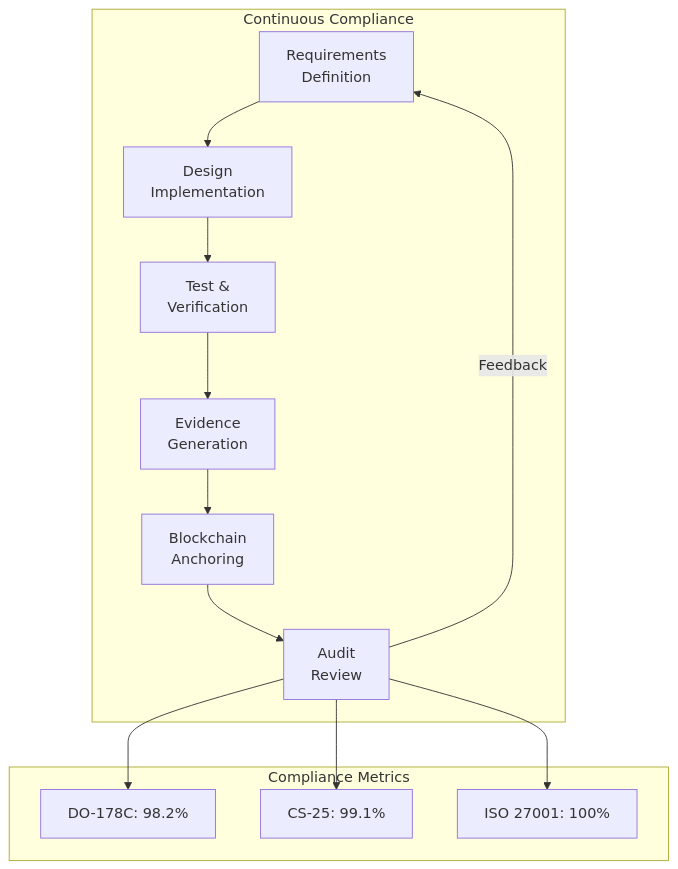
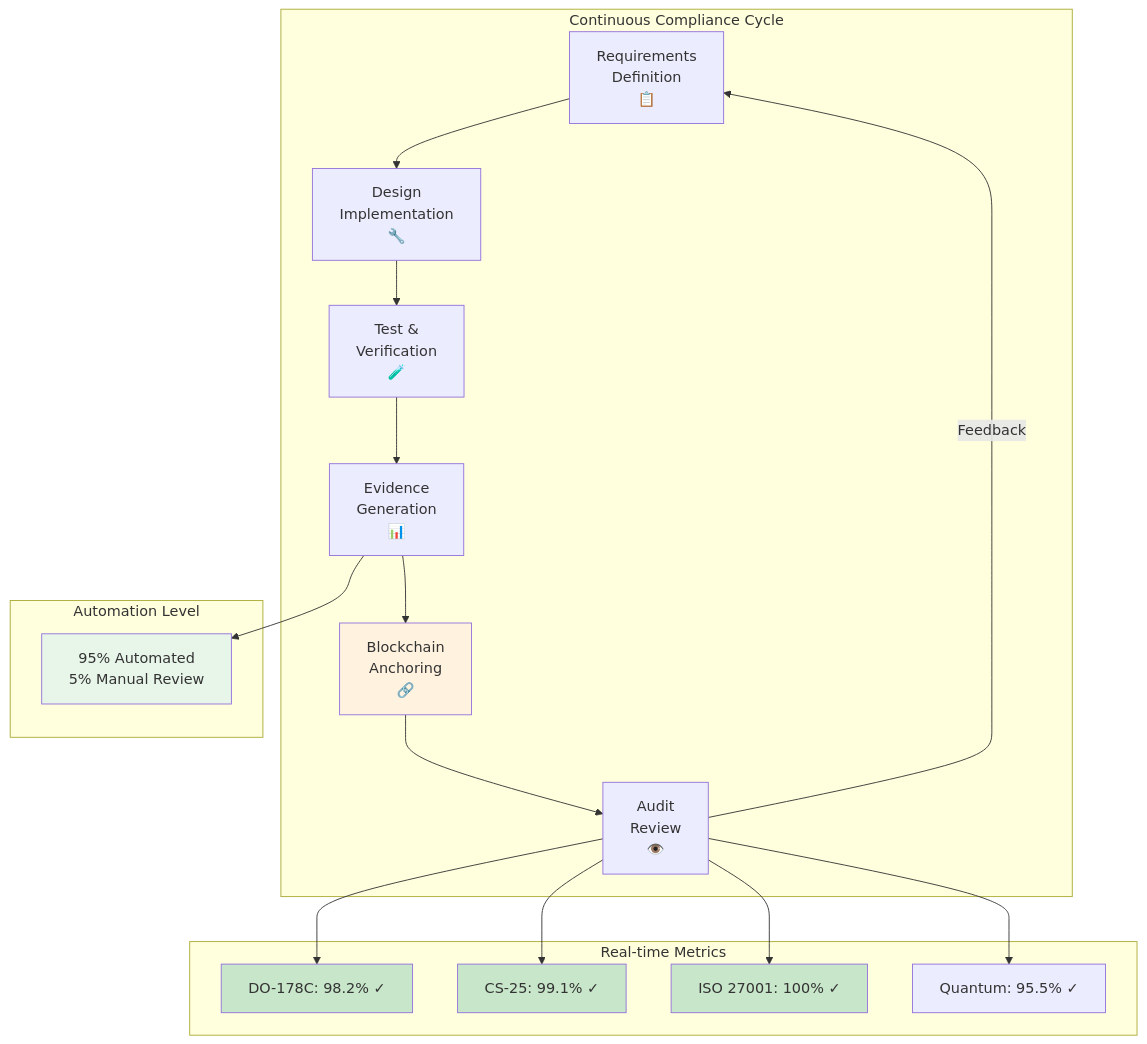
Diagram 16 of 33 in README.md (Robbbo-T/Robbbo-T), drawn with Mermaid before and after one commit. The commit also changed other lines of this file, not shown here.

````diff
--- a/README.md
+++ b/README.md
@@ -1101,28 +1649,42 @@
 ```mermaid
 flowchart TD
-    subgraph "Continuous Compliance"
-        RD[Requirements<br/>Definition]
-        DI[Design<br/>Implementation]
-        TV[Test &<br/>Verification]
-        EG[Evidence<br/>Generation]
-        BC[Blockchain<br/>Anchoring]
-        AR[Audit<br/>Review]
+    subgraph "Continuous Compliance Cycle"
+        RD[Requirements<br/>Definition<br/>📋]
+        DI[Design<br/>Implementation<br/>🔧]
+        TV[Test &<br/>Verification<br/>🧪]
+        EG[Evidence<br/>Generation<br/>📊]
+        BC[Blockchain<br/>Anchoring<br/>🔗]
+        AR[Audit<br/>Review<br/>👁️]
     end
     
     RD --> DI
     DI --> TV
     TV --> EG
     EG --> BC
     BC --> AR
     AR -->|Feedback| RD
     
-    subgraph "Compliance Metrics"
-        DO[DO-178C: 98.2%]
-        CS[CS-25: 99.1%]
-        IS[ISO 27001: 100%]
+    subgraph "Real-time Metrics"
+        DO[DO-178C: 98.2% ✓]
+        CS[CS-25: 99.1% ✓]
+        IS[ISO 27001: 100% ✓]
+        QS[Quantum: 95.5% ✓]
     end
     
     AR --> DO
     AR --> CS
     AR --> IS
+    AR --> QS
+    
+    subgraph "Automation Level"
+        AUTO[95% Automated<br/>5% Manual Review]
+    end
+    
+    EG --> AUTO
+    
+    style BC fill:#fff3e0
+    style AUTO fill:#e8f5e9
+    style DO fill:#c8e6c9
+    style CS fill:#c8e6c9
+    style IS fill:#c8e6c9
 ```
````
